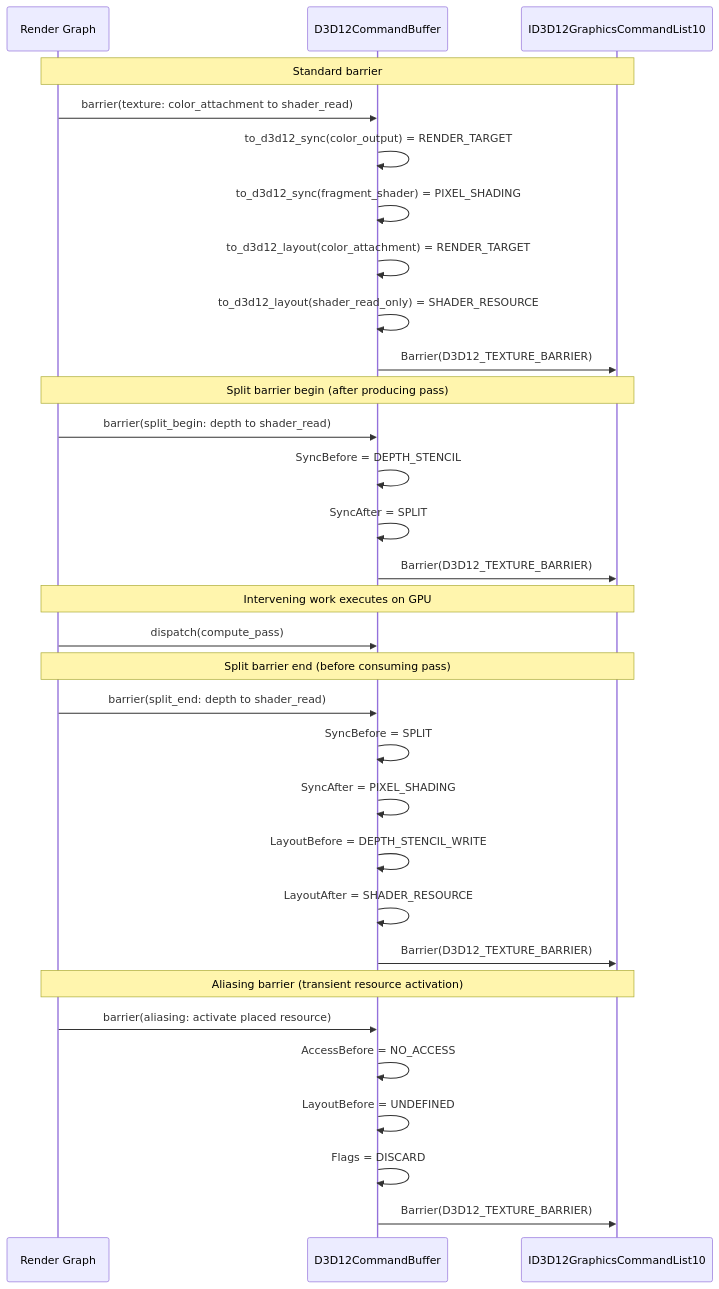
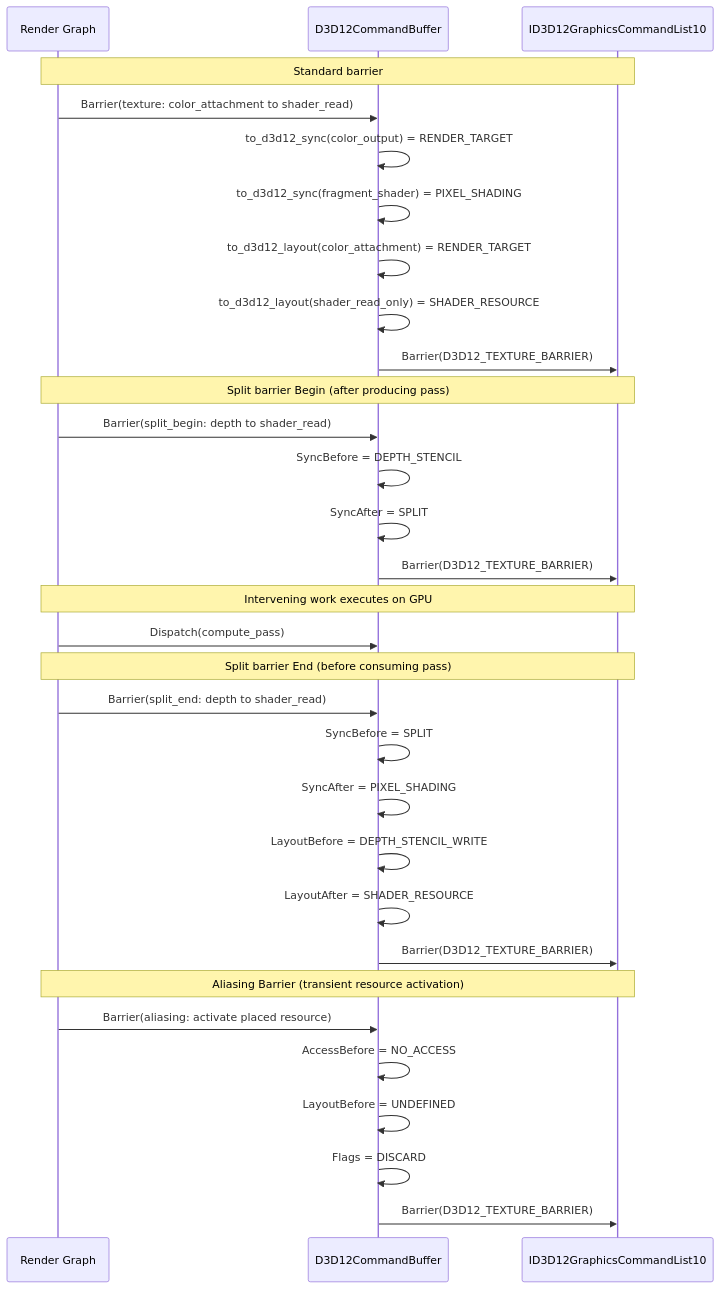
One commit to harmonius-dev/harmonius changed the ninth of 9 diagrams in docs/design/gpu-backend-d3d12-classes.md. Above: the diagram before and after it, drawn with Mermaid. The commit also changed other lines of this file and 67 other files, not shown here.

````diff
--- a/docs/design/gpu-backend-d3d12-classes.md
+++ b/docs/design/gpu-backend-d3d12-classes.md
@@ -594,43 +594,43 @@
 ```mermaid
 sequenceDiagram
     participant RG as Render Graph
     participant Cmd as D3D12CommandBuffer
     participant List as ID3D12GraphicsCommandList10
 
     Note over RG,List: Standard barrier
 
-    RG->>Cmd: barrier(texture: color_attachment to shader_read)
+    RG->>Cmd: Barrier(texture: color_attachment to shader_read)
     Cmd->>Cmd: to_d3d12_sync(color_output) = RENDER_TARGET
     Cmd->>Cmd: to_d3d12_sync(fragment_shader) = PIXEL_SHADING
     Cmd->>Cmd: to_d3d12_layout(color_attachment) = RENDER_TARGET
     Cmd->>Cmd: to_d3d12_layout(shader_read_only) = SHADER_RESOURCE
     Cmd->>List: Barrier(D3D12_TEXTURE_BARRIER)
 
-    Note over RG,List: Split barrier begin (after producing pass)
+    Note over RG,List: Split barrier Begin (after producing pass)
 
-    RG->>Cmd: barrier(split_begin: depth to shader_read)
+    RG->>Cmd: Barrier(split_begin: depth to shader_read)
     Cmd->>Cmd: SyncBefore = DEPTH_STENCIL
     Cmd->>Cmd: SyncAfter = SPLIT
     Cmd->>List: Barrier(D3D12_TEXTURE_BARRIER)
 
     Note over RG,List: Intervening work executes on GPU
 
-    RG->>Cmd: dispatch(compute_pass)
+    RG->>Cmd: Dispatch(compute_pass)
 
-    Note over RG,List: Split barrier end (before consuming pass)
+    Note over RG,List: Split barrier End (before consuming pass)
 
-    RG->>Cmd: barrier(split_end: depth to shader_read)
+    RG->>Cmd: Barrier(split_end: depth to shader_read)
     Cmd->>Cmd: SyncBefore = SPLIT
     Cmd->>Cmd: SyncAfter = PIXEL_SHADING
     Cmd->>Cmd: LayoutBefore = DEPTH_STENCIL_WRITE
     Cmd->>Cmd: LayoutAfter = SHADER_RESOURCE
     Cmd->>List: Barrier(D3D12_TEXTURE_BARRIER)
 
-    Note over RG,List: Aliasing barrier (transient resource activation)
+    Note over RG,List: Aliasing Barrier (transient resource activation)
 
-    RG->>Cmd: barrier(aliasing: activate placed resource)
+    RG->>Cmd: Barrier(aliasing: activate placed resource)
     Cmd->>Cmd: AccessBefore = NO_ACCESS
     Cmd->>Cmd: LayoutBefore = UNDEFINED
     Cmd->>Cmd: Flags = DISCARD
     Cmd->>List: Barrier(D3D12_TEXTURE_BARRIER)
 ```
````
